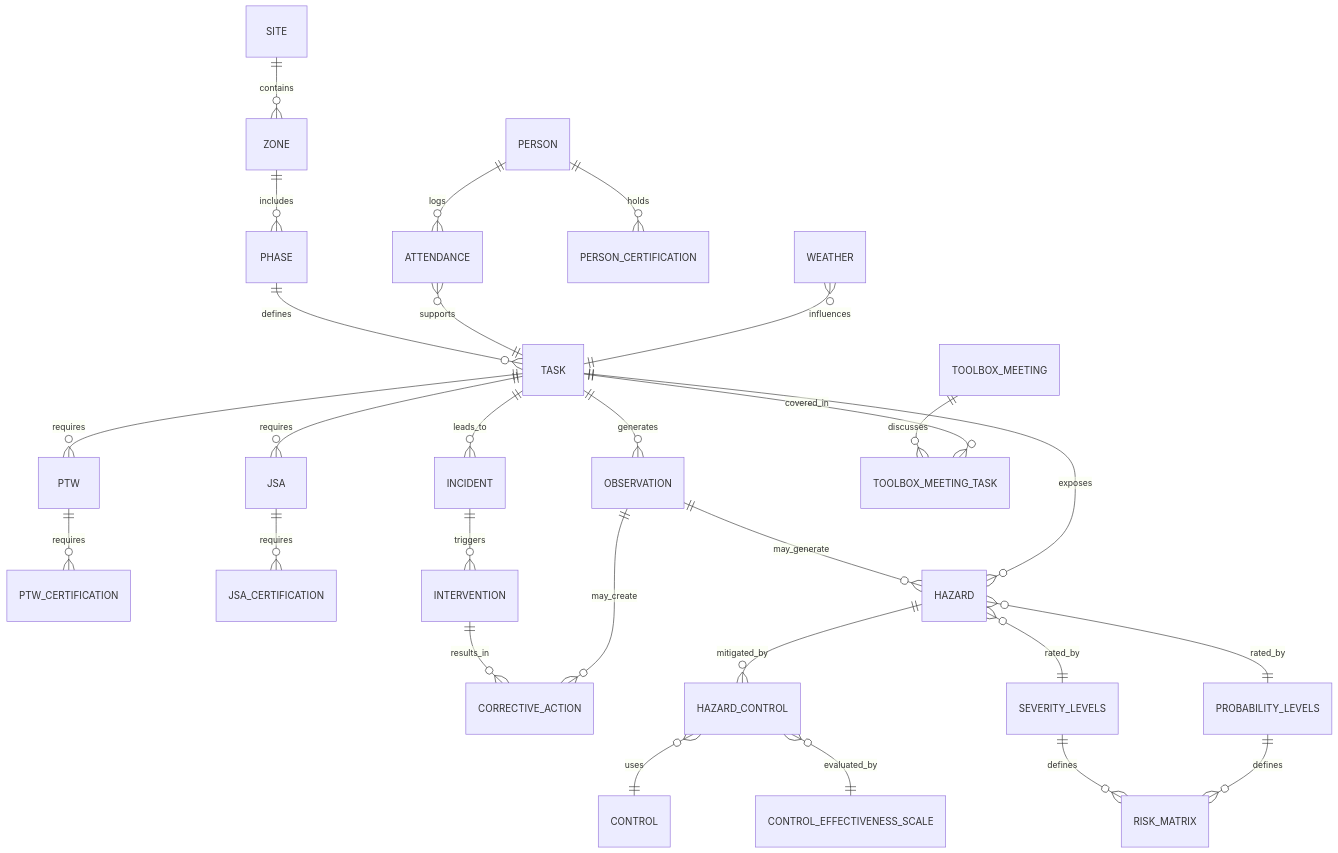
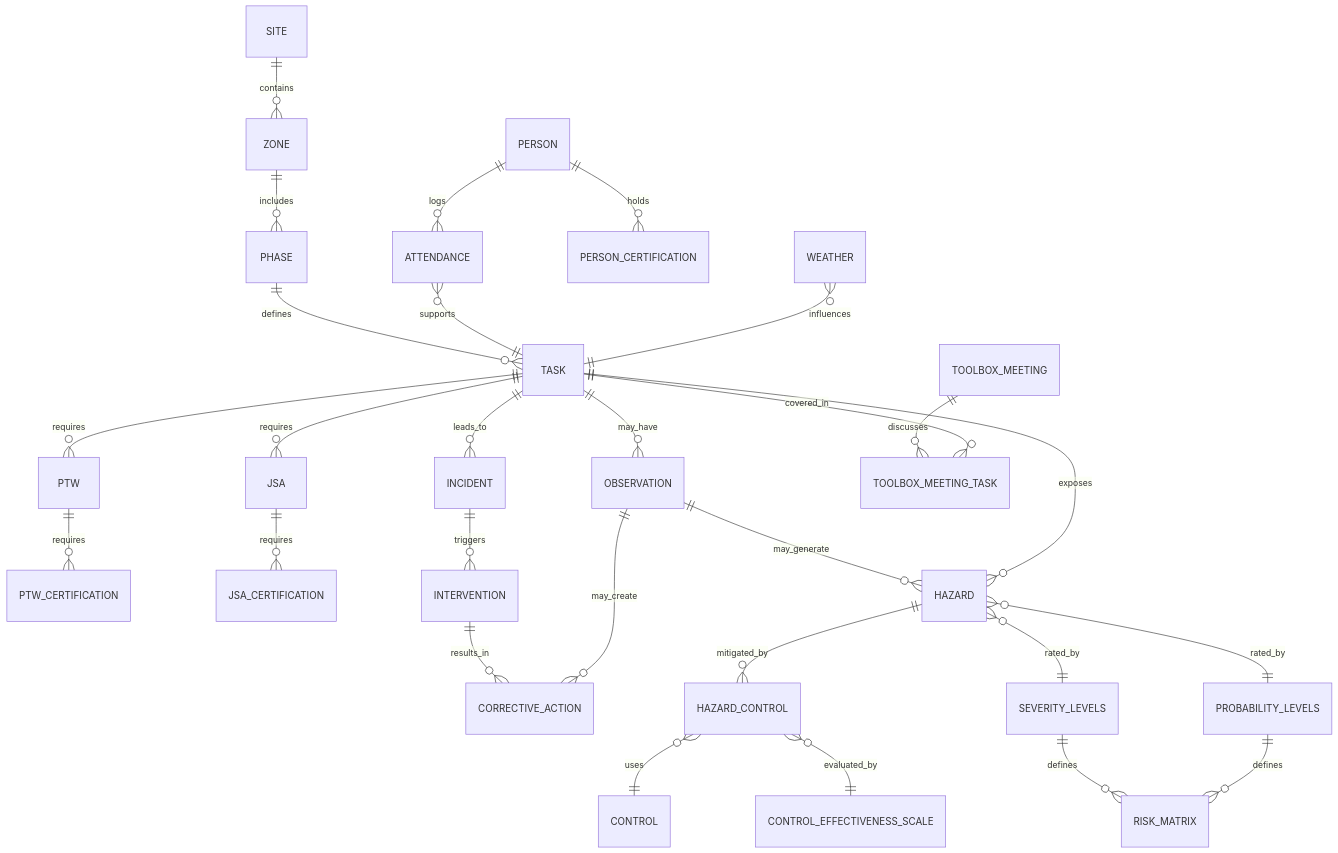
The diagram in README.md (Euchie23/HSEQ_Risk_Intel), drawn with Mermaid before and after one commit.

````diff
--- a/README.md
+++ b/README.md
@@ -58,41 +58,41 @@
 ```mermaid
 erDiagram
     SITE ||--o{ ZONE : contains
     ZONE ||--o{ PHASE : includes
     PHASE ||--o{ TASK : defines
 
     PERSON ||--o{ ATTENDANCE : logs
     ATTENDANCE }o--|| TASK : supports
 
     TASK ||--o{ PTW : requires
     TASK ||--o{ JSA : requires
 
     PERSON ||--o{ PERSON_CERTIFICATION : holds
     PTW ||--o{ PTW_CERTIFICATION : requires
     JSA ||--o{ JSA_CERTIFICATION : requires
 
     TASK ||--o{ INCIDENT : leads_to
     INCIDENT ||--o{ INTERVENTION : triggers
     INTERVENTION ||--o{ CORRECTIVE_ACTION : results_in
 
-    TASK ||--o{ OBSERVATION : generates
+    TASK ||--o{ OBSERVATION  : may_have
     OBSERVATION ||--o{ HAZARD : may_generate
     OBSERVATION ||--o{ CORRECTIVE_ACTION : may_create
 
     TASK ||--o{ HAZARD : exposes
     HAZARD ||--o{ HAZARD_CONTROL : mitigated_by
     HAZARD_CONTROL }o--|| CONTROL : uses
 
     HAZARD }o--|| SEVERITY_LEVELS : rated_by
     HAZARD }o--|| PROBABILITY_LEVELS : rated_by
     SEVERITY_LEVELS ||--o{ RISK_MATRIX : defines
     PROBABILITY_LEVELS ||--o{ RISK_MATRIX : defines
 
     HAZARD_CONTROL }o--|| CONTROL_EFFECTIVENESS_SCALE : evaluated_by
 
     WEATHER }o--|| TASK : influences
 
     TOOLBOX_MEETING ||--o{ TOOLBOX_MEETING_TASK : discusses
     TASK ||--o{ TOOLBOX_MEETING_TASK : covered_in
 
 ```
````
